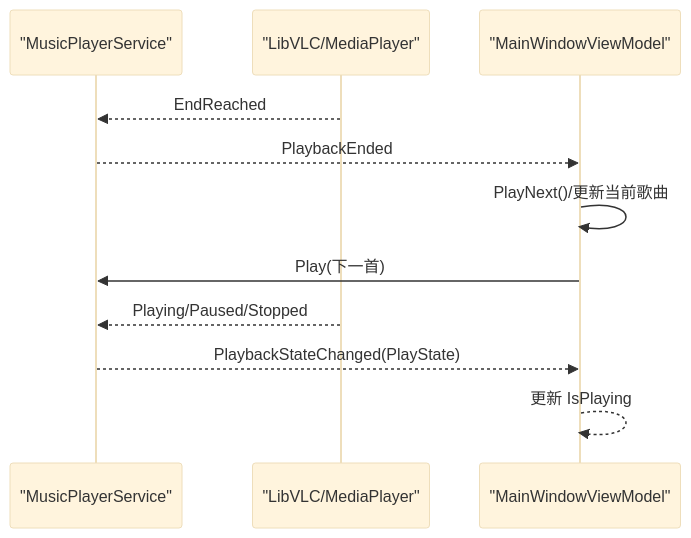
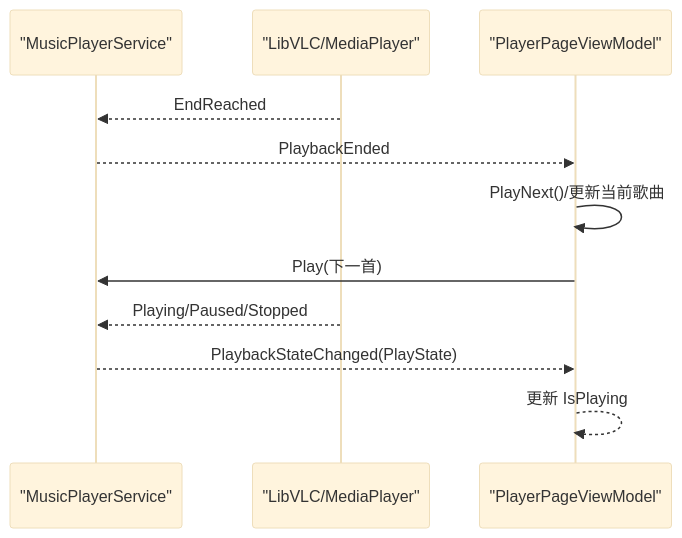
Before and after one commit to mariamjensen42-glitch/LocalMusicPlayer: the eighth of 12 diagrams in .qoder/repowiki/zh/content/核心服务层/音频播放服务.md, drawn with Mermaid (base theme). The commit also changed other lines of this file and 23 other files, not shown here.

````diff
--- a/.qoder/repowiki/zh/content/核心服务层/音频播放服务.md
+++ b/.qoder/repowiki/zh/content/核心服务层/音频播放服务.md
@@ -340,13 +373,13 @@
 ```mermaid
 sequenceDiagram
 participant MPS as "MusicPlayerService"
 participant VLC as "LibVLC/MediaPlayer"
-participant VM as "MainWindowViewModel"
+participant PPVM as "PlayerPageViewModel"
 VLC-->>MPS : EndReached
-MPS-->>VM : PlaybackEnded
-VM->>VM : PlayNext()/更新当前歌曲
-VM->>MPS : Play(下一首)
+MPS-->>PPVM : PlaybackEnded
+PPVM->>PPVM : PlayNext()/更新当前歌曲
+PPVM->>MPS : Play(下一首)
 VLC-->>MPS : Playing/Paused/Stopped
-MPS-->>VM : PlaybackStateChanged(PlayState)
-VM-->>VM : 更新 IsPlaying
+MPS-->>PPVM : PlaybackStateChanged(PlayState)
+PPVM-->>PPVM : 更新 IsPlaying
 ```
````
